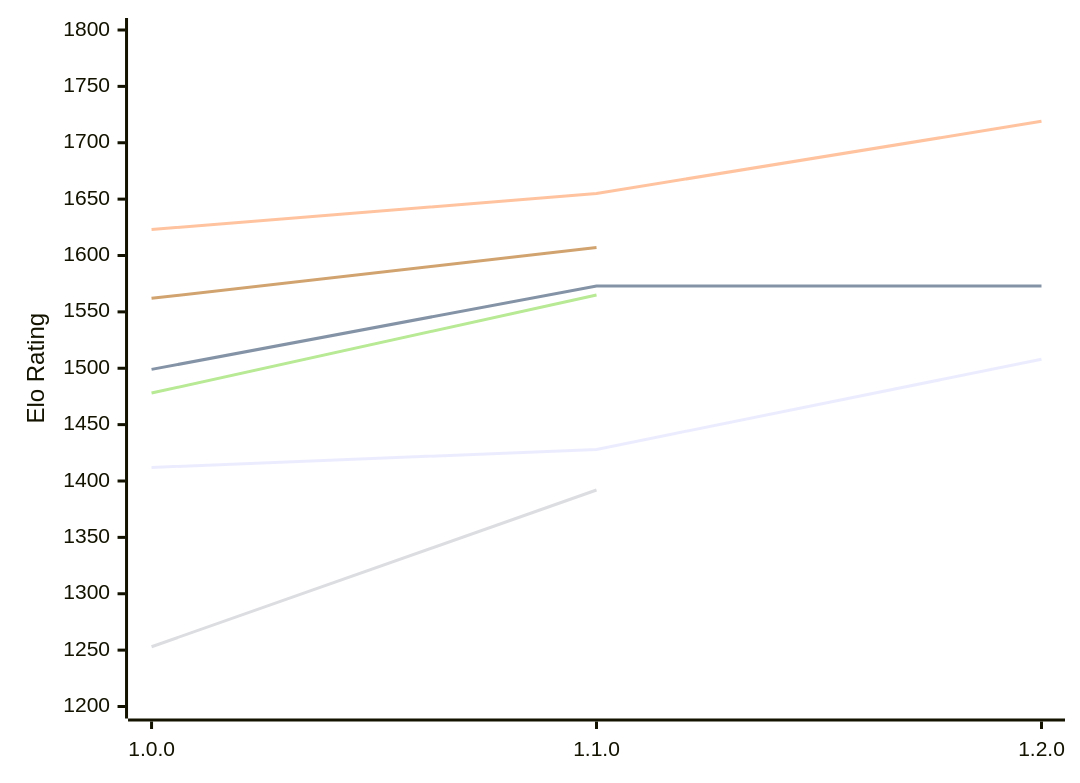
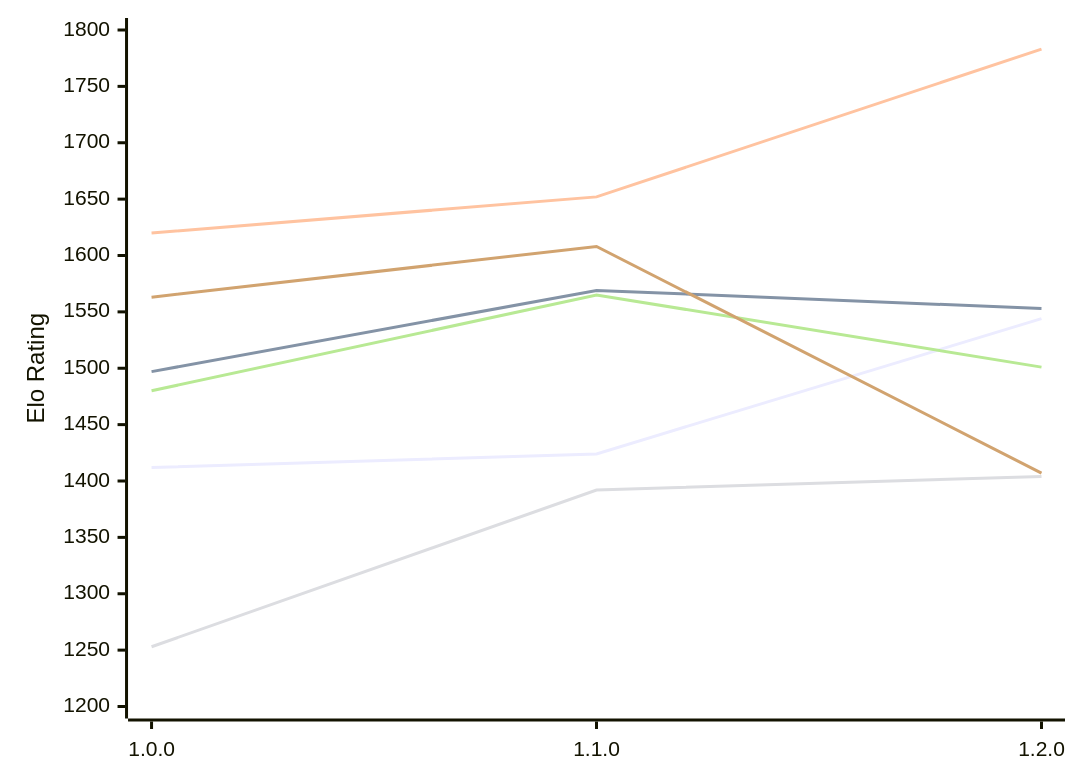
Before and after one commit to computer-chess-index/cci: the diagram in engines/Klak.md, drawn with Mermaid. The commit also changed other lines of this file, not shown here.

Commit message:
Update CCI Ratings (ELO VLTC) - 2026-11-16

````diff
--- a/engines/Klak.md
+++ b/engines/Klak.md
@@ -50,12 +51,12 @@
 ```mermaid
 %%{init: {"theme":"base","themeVariables":{"seriesColors:['#a3a3a3','#222221','#faa371']}}}%%
 xychart-beta
   x-axis ["1.0.0", "1.1.0", "1.2.0"]
   y-axis "Elo Rating" 1200 --> 1800
-  line "E1: STC (8.0+0.08s)" [1412, 1428, 1508]
-  line "E1: LTC (60.0+0.60s)" [1499, 1573, 1573]
-  line "E1: VLTC (2m24s+1.12s)" [1623, 1655, 1719]
-  line "P1: STC (8.0+0.08s)" [1253, 1392]
-  line "P1: LTC (60.0+0.60s)" [1478, 1565]
-  line "P1: VLTC (2m24s+1.12s)" [1562, 1607]
+  line "E1: STC (8.0+0.08s)" [1412, 1424, 1544]
+  line "E1: LTC (60.0+0.60s)" [1497, 1569, 1553]
+  line "E1: VLTC (2m24s+1.12s)" [1620, 1652, 1783]
+  line "P1: STC (8.0+0.08s)" [1253, 1392, 1404]
+  line "P1: LTC (60.0+0.60s)" [1480, 1565, 1501]
+  line "P1: VLTC (2m24s+1.12s)" [1563, 1608, 1407]
 ```
````
